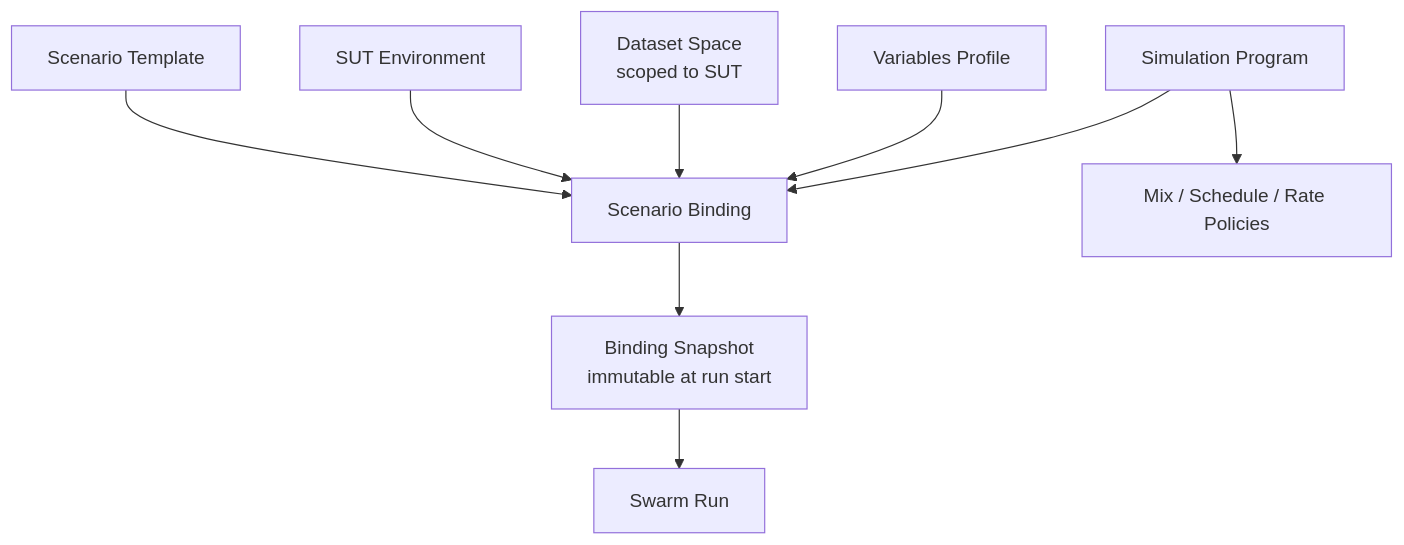
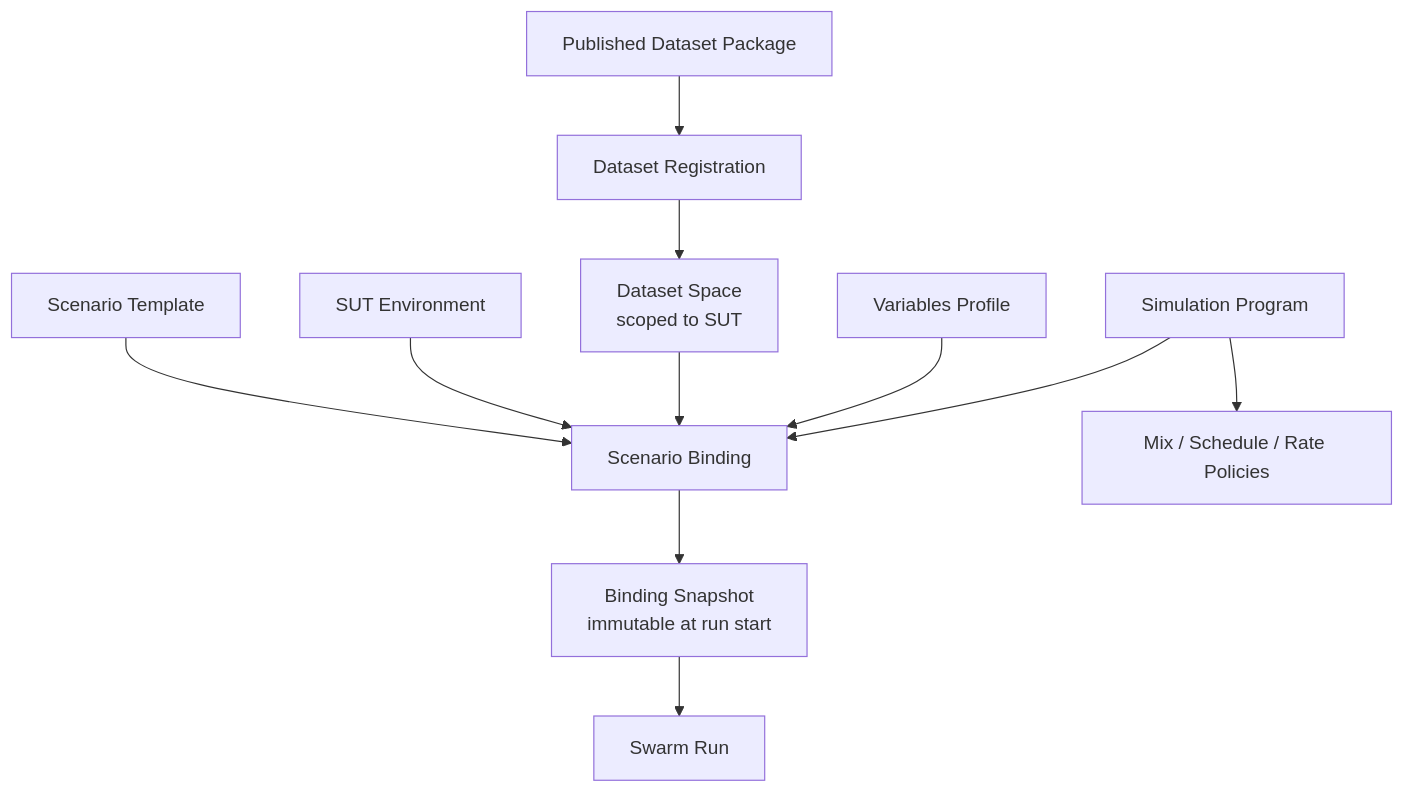
The first of 3 diagrams in docs/architecture/sut-dataset-simulation-model.md (sepa79/PocketHive), drawn with Mermaid before and after one commit. The commit also changed other lines of this file and 25 other files, not shown here.

````diff
--- a/docs/architecture/sut-dataset-simulation-model.md
+++ b/docs/architecture/sut-dataset-simulation-model.md
@@ -88,13 +123,15 @@
 ```mermaid
 graph TD
   ST[Scenario Template] --> SB[Scenario Binding]
   SUT[SUT Environment] --> SB
+  DP[Published Dataset Package] --> DR[Dataset Registration]
+  DR --> DS
   DS[Dataset Space<br/>scoped to SUT] --> SB
   VP[Variables Profile] --> SB
 
   SB --> SNAP[Binding Snapshot<br/>immutable at run start]
   SNAP --> SR[Swarm Run]
 
   SP[Simulation Program] --> SB
   SP --> POL[Mix / Schedule / Rate Policies]
 ```
````
